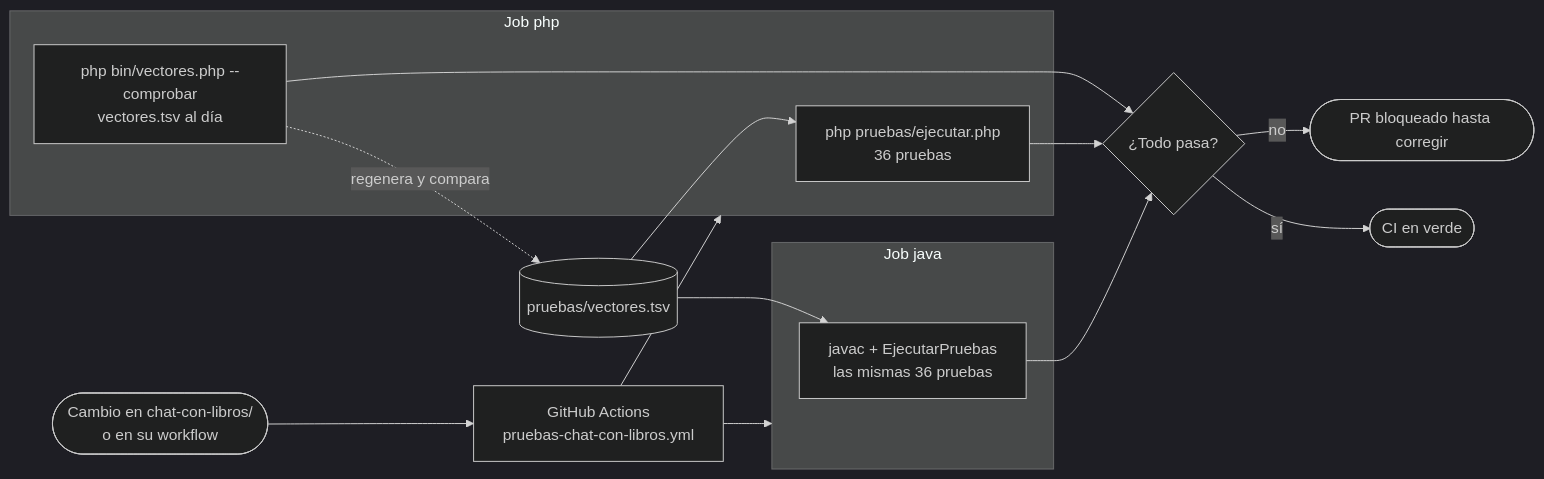
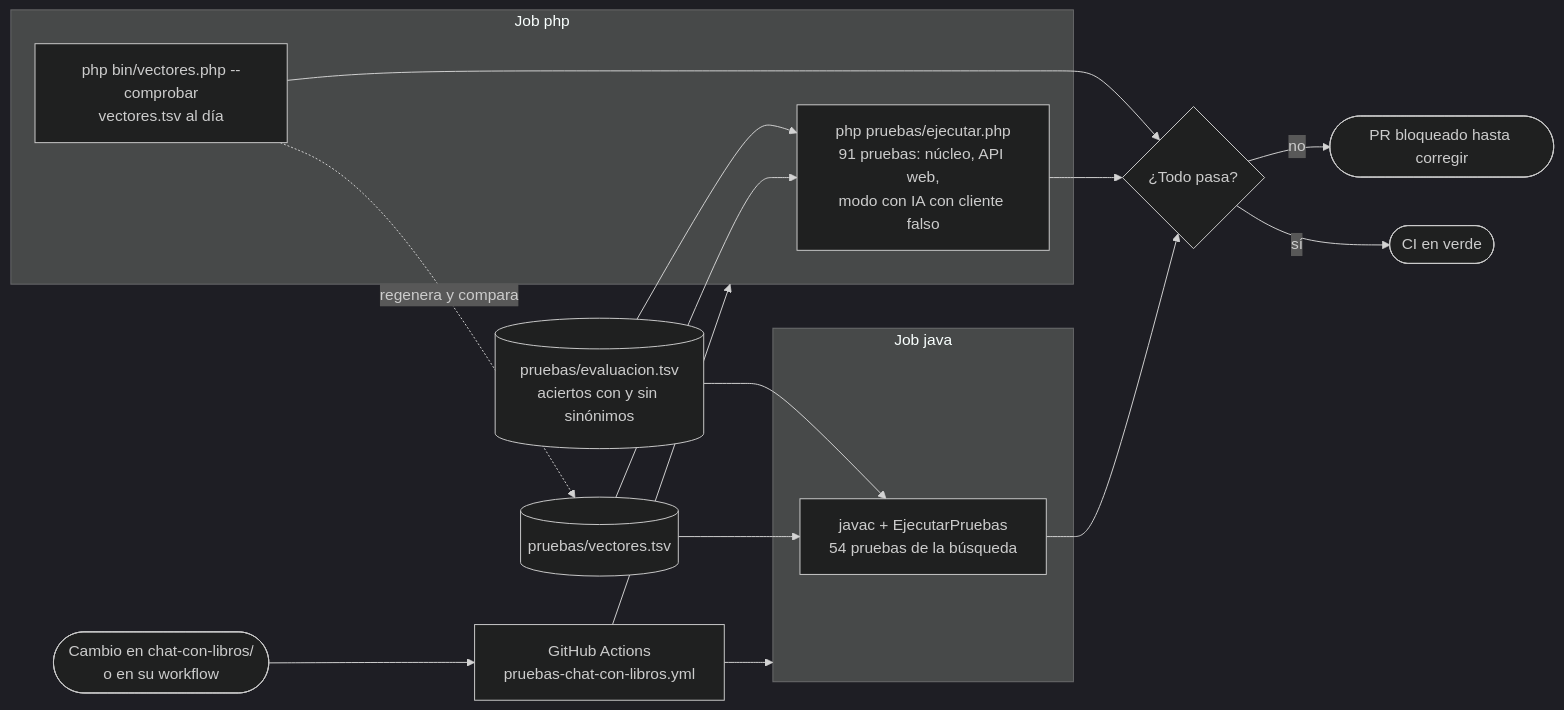
The diagram in chat-con-libros/docs/pruebas-y-ci.mmd (lol-protocol/php), drawn with Mermaid (dark theme) before and after one commit. The commit also changed 34 other files, not shown here.

First line of the commit message:
chat-con-libros: página web, sinónimos y modo opcional con IA (Claude)

```diff
--- a/chat-con-libros/docs/pruebas-y-ci.mmd
+++ b/chat-con-libros/docs/pruebas-y-ci.mmd
@@ -1,25 +1,28 @@
 %% Cómo se prueba que PHP y Java dan lo mismo.
 flowchart LR
     cambio(["Cambio en chat-con-libros/<br/>o en su workflow"]) --> ci["GitHub Actions<br/>pruebas-chat-con-libros.yml"]
 
     subgraph jphp["Job php"]
-        t1["php pruebas/ejecutar.php<br/>36 pruebas"]
+        t1["php pruebas/ejecutar.php<br/>91 pruebas: núcleo, API web,<br/>modo con IA con cliente falso"]
         t2["php bin/vectores.php --comprobar<br/>vectores.tsv al día"]
     end
     subgraph jjava["Job java"]
-        t3["javac + EjecutarPruebas<br/>las mismas 36 pruebas"]
+        t3["javac + EjecutarPruebas<br/>54 pruebas de la búsqueda"]
     end
 
     ci --> jphp
     ci --> jjava
 
     vec[("pruebas/vectores.tsv")]
+    ev[("pruebas/evaluacion.tsv<br/>aciertos con y sin sinónimos")]
+    ev --> t1
+    ev --> t3
     vec --> t1
     vec --> t3
     t2 -. "regenera y compara" .-> vec
 
     t1 --> ok{"¿Todo pasa?"}
     t2 --> ok
     t3 --> ok
     ok -- "sí" --> verde(["CI en verde"])
     ok -- "no" --> rojo(["PR bloqueado hasta corregir"])
```
